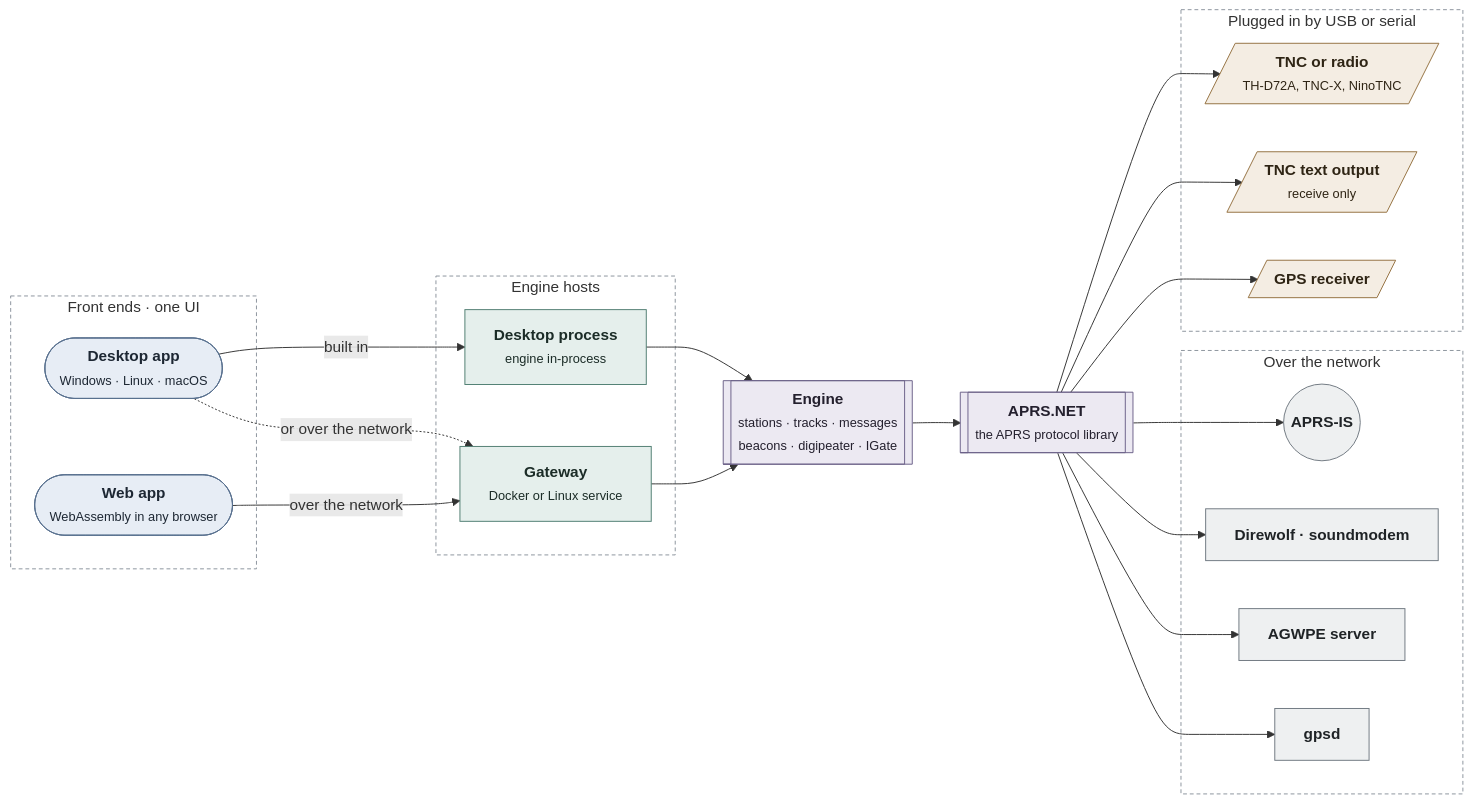
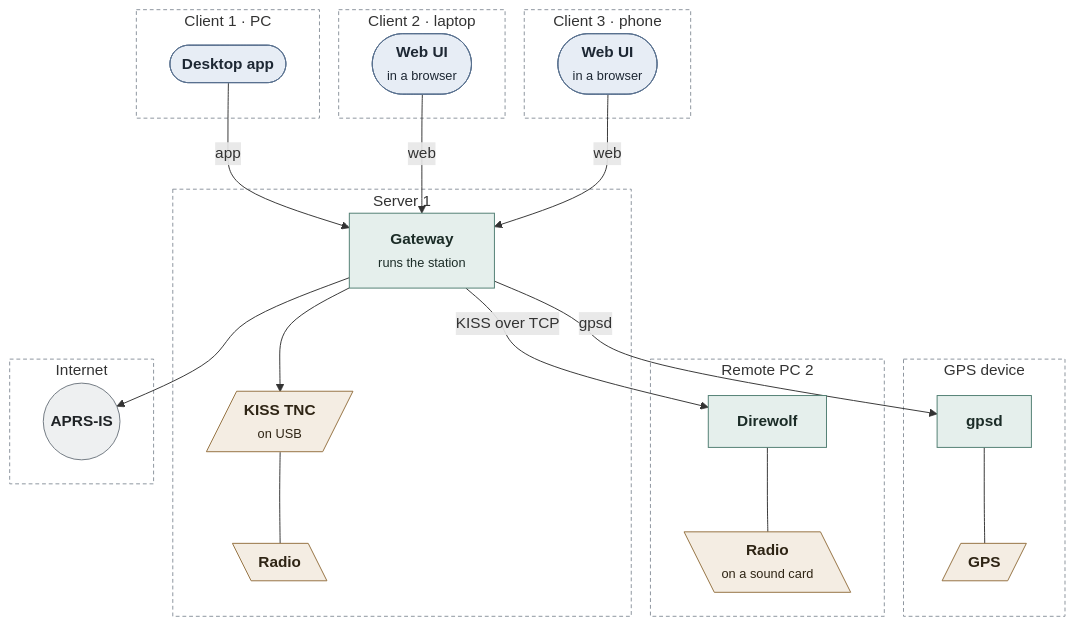
Before and after one commit to APRS-NET/AprsMap: the second of 3 diagrams in README.md, drawn with Mermaid. The commit also changed other lines of this file, not shown here.

Commit message:
docs(readme): diagrams by machine: one laptop, and spread over several

````diff
--- a/README.md
+++ b/README.md
@@ -49,52 +100,60 @@
 ```mermaid
-flowchart LR
-    subgraph fronts["Front ends · one UI"]
-        desktop(["<b>Desktop app</b><br/><small>Windows · Linux · macOS</small>"])
-        web(["<b>Web app</b><br/><small>WebAssembly in any browser</small>"])
+flowchart TB
+    subgraph c1["Client 1 · PC"]
+        app(["<b>Desktop app</b>"])
+    end
+    subgraph c2["Client 2 · laptop"]
+        web(["<b>Web UI</b><br/><small>in a browser</small>"])
+    end
+    subgraph c3["Client 3 · phone"]
+        phone(["<b>Web UI</b><br/><small>in a browser</small>"])
     end
 
-    subgraph hosts["Engine hosts"]
-        inproc["<b>Desktop process</b><br/><small>engine in-process</small>"]
-        gateway["<b>Gateway</b><br/><small>Docker or Linux service</small>"]
+    subgraph s1["Server 1"]
+        gw["<b>Gateway</b><br/><small>runs the station</small>"]
+        tnc[/"<b>KISS TNC</b><br/><small>on USB</small>"/]
+        radio1[\"<b>Radio</b>"\]
+        gw --> tnc
+        tnc --- radio1
     end
 
-    desktop -- "built in" --> inproc
-    desktop -. "or over the network" .-> gateway
-    web -- "over the network" --> gateway
-
-    inproc --> engine
-    gateway --> engine
-    engine[["<b>Engine</b><br/><small>stations · tracks · messages<br/>beacons · digipeater · IGate</small>"]]
-    engine --> aprsnet[["<b>APRS.NET</b><br/><small>the APRS protocol library</small>"]]
-
-    subgraph net["Over the network"]
-        aprsis(("<b>APRS-IS</b>"))
-        direwolf["<b>Direwolf · soundmodem</b>"]
-        agwpe["<b>AGWPE server</b>"]
+    subgraph dev["GPS device"]
         gpsd["<b>gpsd</b>"]
+        gps[/"<b>GPS</b>"/]
+        gpsd --- gps
     end
 
-    subgraph local["Plugged in by USB or serial"]
-        usbkiss[/"<b>TNC or radio</b><br/><small>TH-D72A, TNC-X, NinoTNC</small>"/]
-        tnctext[/"<b>TNC text output</b><br/><small>receive only</small>"/]
-        nmea[/"<b>GPS receiver</b>"/]
+    subgraph pc2["Remote PC 2"]
+        dw["<b>Direwolf</b>"]
+        radio2[\"<b>Radio</b><br/><small>on a sound card</small>"\]
+        dw --- radio2
     end
 
-    aprsnet --> aprsis & direwolf & agwpe & gpsd
-    aprsnet --> usbkiss & tnctext & nmea
+    subgraph inet["Internet"]
+        aprsis(("<b>APRS-IS</b>"))
+    end
+
+
+    app -- "app" --> gw
+    web -- "web" --> gw
+    phone -- "web" --> gw
+    gw -- "gpsd" --> gpsd
+    gw -- "KISS over TCP" --> dw
+    gw --> aprsis
 
     classDef client fill:#e7edf5,stroke:#58708f,color:#1d2733
     classDef host fill:#e5efec,stroke:#4f7d71,color:#1b2c27
-    classDef core fill:#ece9f2,stroke:#6b6188,color:#24202e
     classDef network fill:#eef0f1,stroke:#6f7880,color:#1f2326
     classDef device fill:#f4ede3,stroke:#94703f,color:#2e2414
-    class desktop,web client
-    class inproc,gateway host
-    class engine,aprsnet core
-    class aprsis,direwolf,agwpe,gpsd network
-    class usbkiss,tnctext,nmea device
-    style fronts fill:none,stroke:#8a939c,stroke-dasharray:4 3
-    style hosts fill:none,stroke:#8a939c,stroke-dasharray:4 3
-    style net fill:none,stroke:#8a939c,stroke-dasharray:4 3
-    style local fill:none,stroke:#8a939c,stroke-dasharray:4 3
+    class app,web,phone client
+    class gw,dw,gpsd host
+    class aprsis network
+    class tnc,gps,radio1,radio2 device
+    style c1 fill:none,stroke:#8a939c,stroke-dasharray:4 3
+    style c2 fill:none,stroke:#8a939c,stroke-dasharray:4 3
+    style c3 fill:none,stroke:#8a939c,stroke-dasharray:4 3
+    style s1 fill:none,stroke:#8a939c,stroke-dasharray:4 3
+    style pc2 fill:none,stroke:#8a939c,stroke-dasharray:4 3
+    style dev fill:none,stroke:#8a939c,stroke-dasharray:4 3
+    style inet fill:none,stroke:#8a939c,stroke-dasharray:4 3
 ```
````
